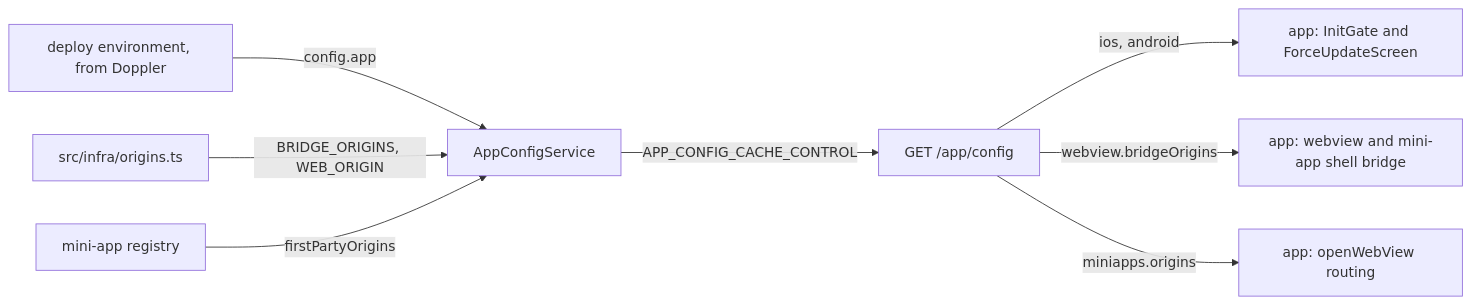
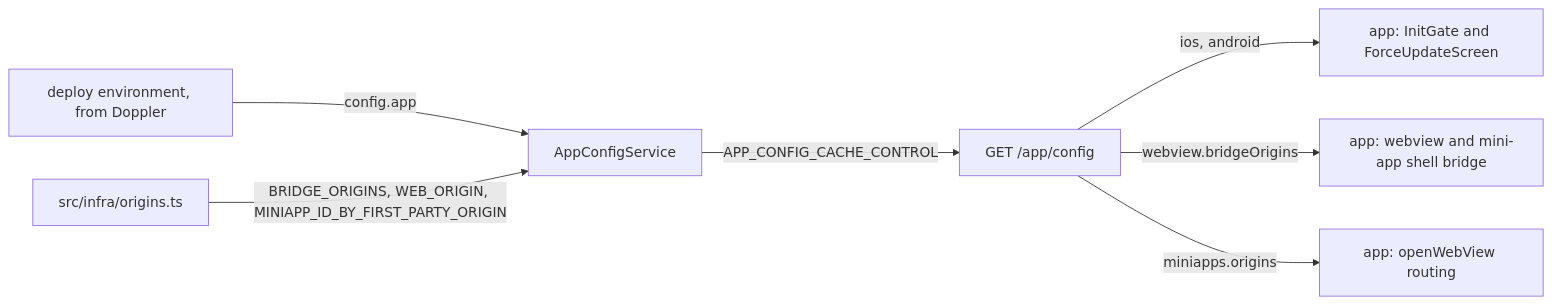
Before and after one commit to skkuverse/skkuverse-server: the diagram in docs/explanation/app-config-architecture.md, drawn with Mermaid. The commit also changed other lines of this file and 3 other files, not shown here.

Commit message:
refactor(app-config): serve the mini app origin owners from origins.ts

````diff
--- a/docs/explanation/app-config-architecture.md
+++ b/docs/explanation/app-config-architecture.md
@@ -37,10 +37,9 @@
 ```mermaid
 flowchart LR
   env["deploy environment, from Doppler"] -->|config.app| svc["AppConfigService"]
-  origins["src/infra/origins.ts"] -->|BRIDGE_ORIGINS, WEB_ORIGIN| svc
-  mini["mini-app registry"] -->|firstPartyOrigins| svc
+  origins["src/infra/origins.ts"] -->|BRIDGE_ORIGINS, WEB_ORIGIN, MINIAPP_ID_BY_FIRST_PARTY_ORIGIN| svc
   svc -->|APP_CONFIG_CACHE_CONTROL| route["GET /app/config"]
   route -->|ios, android| gate["app: InitGate and ForceUpdateScreen"]
   route -->|webview.bridgeOrigins| bridge["app: webview and mini-app shell bridge"]
   route -->|miniapps.origins| open["app: openWebView routing"]
 ```
````
